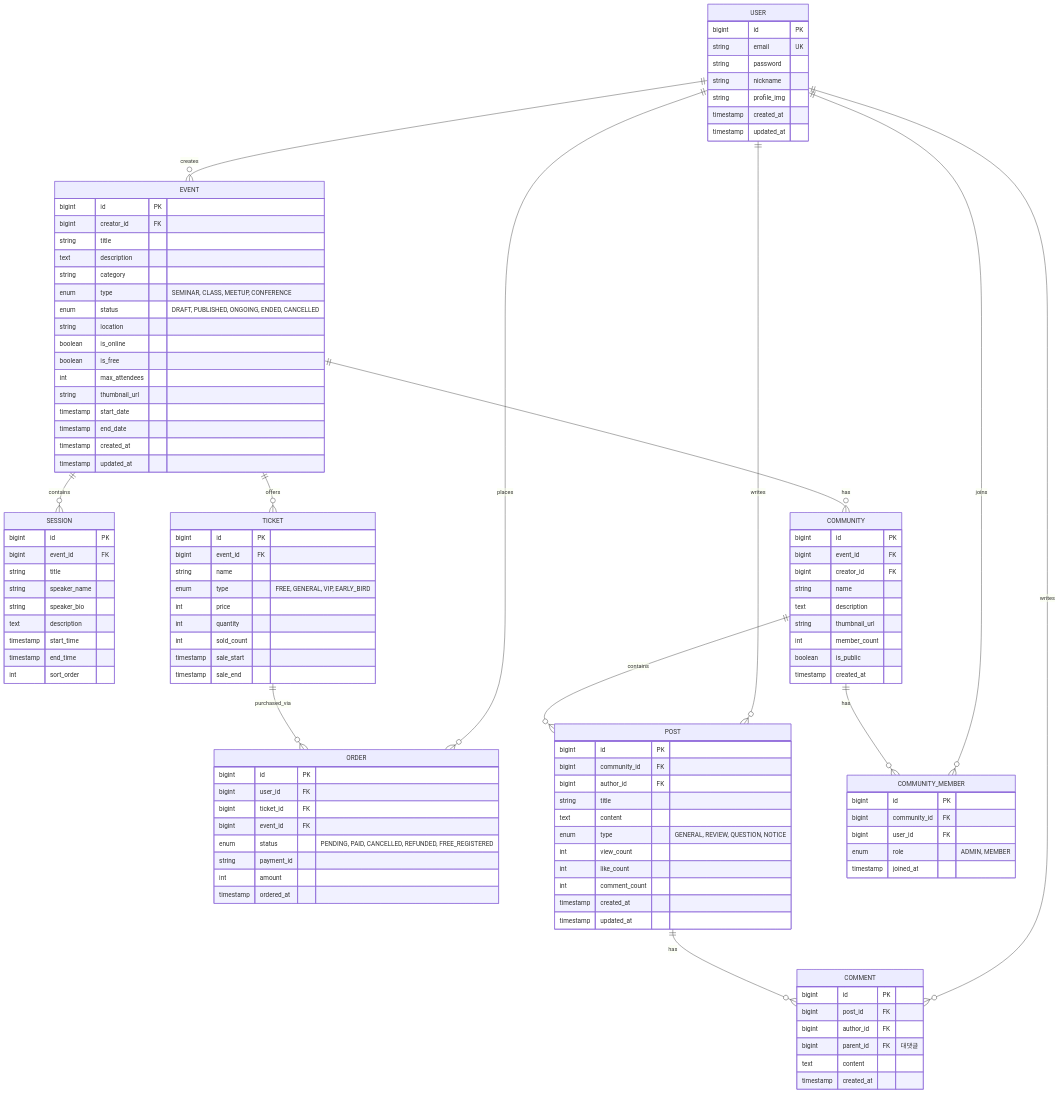
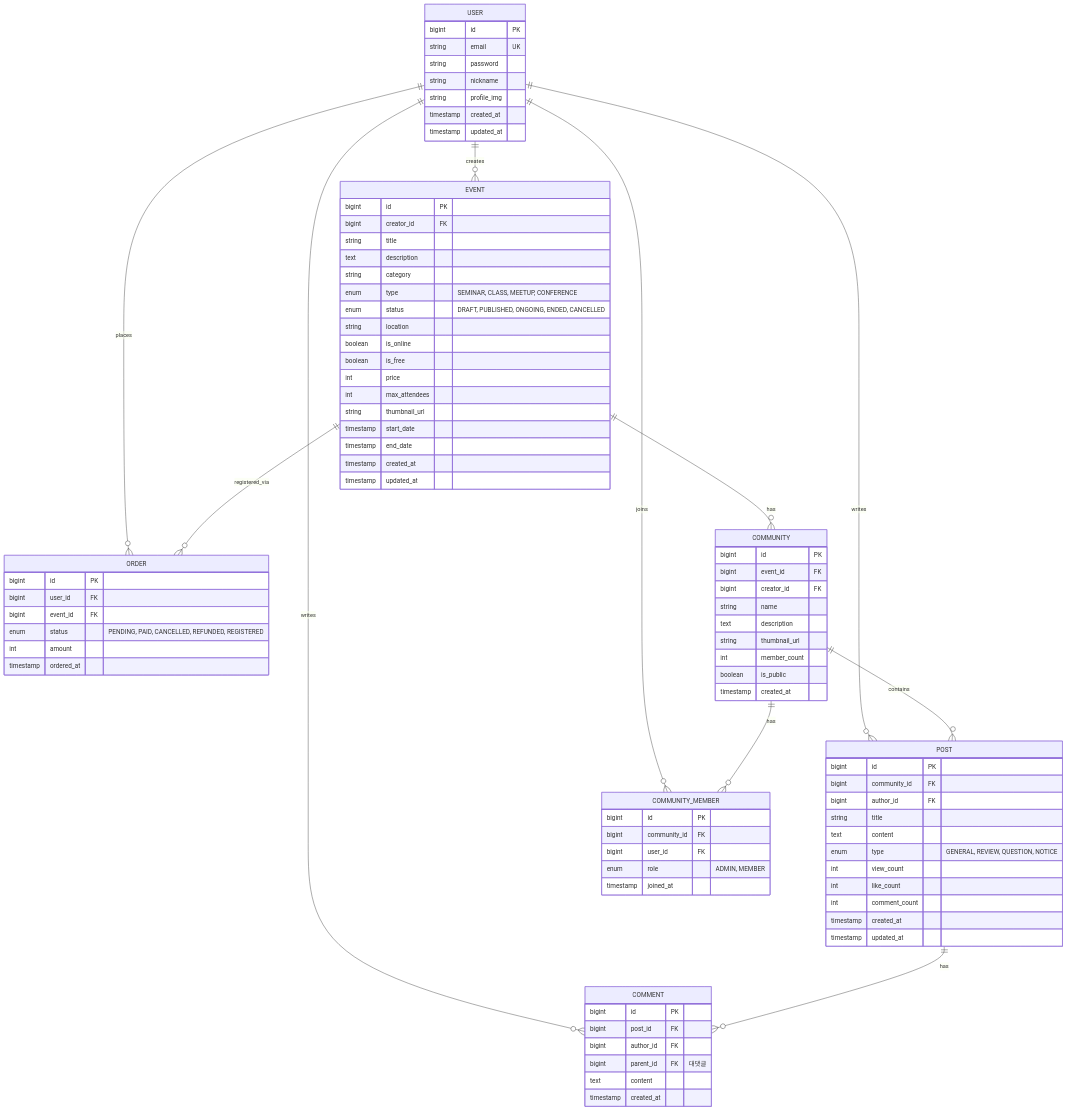
Before and after one commit to newlecture-ibm2/team3-jangane-venueon: the third of 7 diagrams in MVP_아키텍처_v3.md, drawn with Mermaid. The commit also changed other lines of this file and 1 other file, not shown here.

```diff
--- a/MVP_아키텍처_v3.md
+++ b/MVP_아키텍처_v3.md
@@ -149,11 +151,9 @@
     USER ||--o{ COMMENT : "writes"
     USER ||--o{ COMMUNITY_MEMBER : "joins"
 
-    EVENT ||--o{ SESSION : "contains"
-    EVENT ||--o{ TICKET : "offers"
+    EVENT ||--o{ ORDER : "registered_via"
     EVENT ||--o{ COMMUNITY : "has"
 
-    TICKET ||--o{ ORDER : "purchased_via"
     COMMUNITY ||--o{ COMMUNITY_MEMBER : "has"
     COMMUNITY ||--o{ POST : "contains"
     POST ||--o{ COMMENT : "has"
@@ -179,6 +179,7 @@
         string location
         boolean is_online
         boolean is_free
+        int price
         int max_attendees
         string thumbnail_url
         timestamp start_date
@@ -187,37 +188,11 @@
         timestamp updated_at
     }
 
-    SESSION {
-        bigint id PK
-        bigint event_id FK
-        string title
-        string speaker_name
-        string speaker_bio
-        text description
-        timestamp start_time
-        timestamp end_time
-        int sort_order
-    }
-
-    TICKET {
-        bigint id PK
-        bigint event_id FK
-        string name
-        enum type "FREE, GENERAL, VIP, EARLY_BIRD"
-        int price
-        int quantity
-        int sold_count
-        timestamp sale_start
-        timestamp sale_end
-    }
-
     ORDER {
         bigint id PK
         bigint user_id FK
-        bigint ticket_id FK
         bigint event_id FK
-        enum status "PENDING, PAID, CANCELLED, REFUNDED, FREE_REGISTERED"
-        string payment_id
+        enum status "PENDING, PAID, CANCELLED, REFUNDED, REGISTERED"
         int amount
         timestamp ordered_at
     }
```
